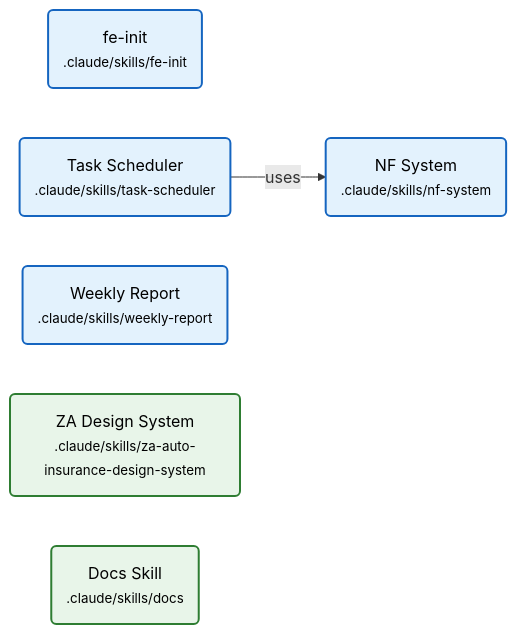
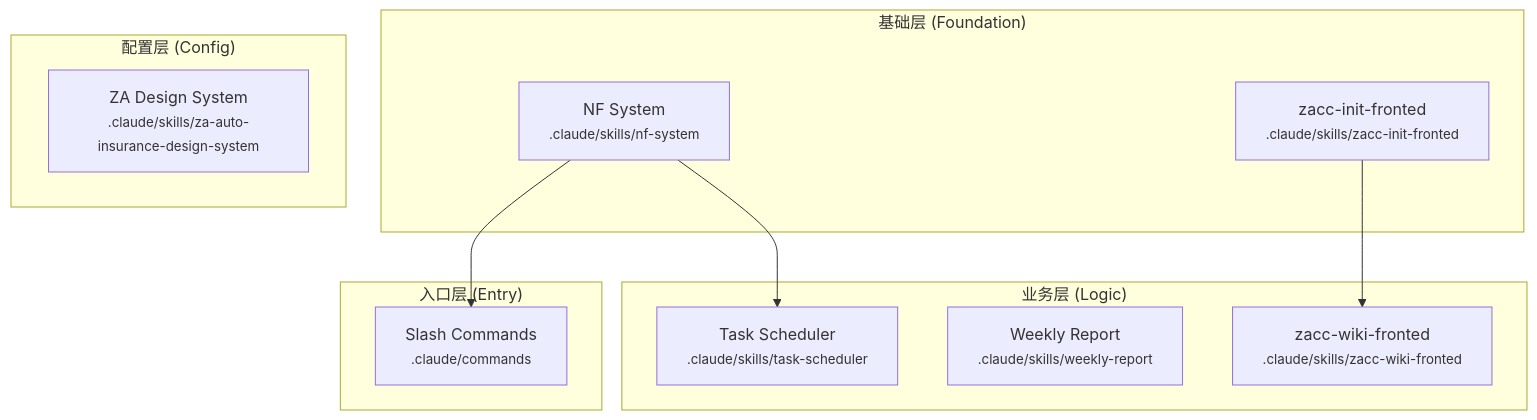
The first of 2 diagrams in .wiki/index.md (nomadZyt/claude_skills), drawn with Mermaid before and after one commit. The commit also changed other lines of this file and 61 other files, not shown here.

Commit message:
feat: 更新 CLAUDE.md 和 AI 红线规则，添加 zacc-init-fronted 技能信息

````diff
--- a/.wiki/index.md
+++ b/.wiki/index.md
@@ -45,20 +18,25 @@
 ```mermaid
-graph LR
-    %% 节点定义
-    NF("NF System<br/><small>.claude/skills/nf-system</small>")
-    FE("fe-init<br/><small>.claude/skills/fe-init</small>")
-    TS("Task Scheduler<br/><small>.claude/skills/task-scheduler</small>")
-    WR("Weekly Report<br/><small>.claude/skills/weekly-report</small>")
-    ZA("ZA Design System<br/><small>.claude/skills/za-auto-insurance-design-system</small>")
-    DOCS("Docs Skill<br/><small>.claude/skills/docs</small>")
+graph TD
+    subgraph 基础层["基础层 (Foundation)"]
+        M152["NF System<br/><small>.claude/skills/nf-system</small>"]
+        M155["zacc-init-fronted<br/><small>.claude/skills/zacc-init-fronted</small>"]
+    end
 
-    %% import 依赖（实线）
-    TS -->|"uses"| NF
+    subgraph 业务层["业务层 (Logic)"]
+        M153["Task Scheduler<br/><small>.claude/skills/task-scheduler</small>"]
+        M154["Weekly Report<br/><small>.claude/skills/weekly-report</small>"]
+        M156["zacc-wiki-fronted<br/><small>.claude/skills/zacc-wiki-fronted</small>"]
+    end
 
-    %% 样式（color 固定黑色，避免暗色主题下节点文字被渲染为白色）
-    classDef entry fill:#e3f2fd,stroke:#1565c0,stroke-width:2px,color:#000000
-    classDef business fill:#e8f5e9,stroke:#2e7d32,stroke-width:2px,color:#000000
+    subgraph 配置层["配置层 (Config)"]
+        M157["ZA Design System<br/><small>.claude/skills/za-auto-insurance-design-system</small>"]
+    end
 
-    class NF,FE,TS,WR entry
-    class DOCS,ZA business
+    subgraph 入口层["入口层 (Entry)"]
+        M158["Slash Commands<br/><small>.claude/commands</small>"]
+    end
+
+    M152 --> M153
+    M152 --> M158
+    M155 --> M156
 ```
````
